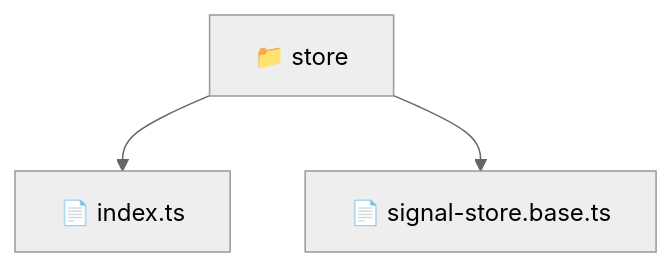
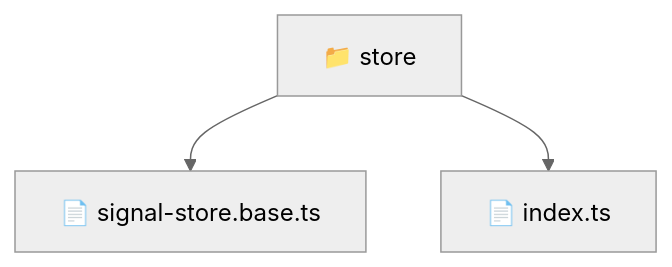
Before and after one commit to beginwebdev2002/fullstack-mavluda: the diagram in frontend/src/shared/store/README.md, drawn with Mermaid (neutral theme). The commit also changed other lines of this file and 164 other files, not shown here.

First line of the commit message:
docs: generate robust autonomous architectural documentation

````diff
--- a/frontend/src/shared/store/README.md
+++ b/frontend/src/shared/store/README.md
@@ -11,6 +11,6 @@
 ```mermaid
 graph TD
-  Root["📁 store"]
-  Root --> index_ts["📄 index.ts"]
-  Root --> signal_store_base_ts["📄 signal-store.base.ts"]
+    f_store["📁 store"]
+    f_store --> f_signal_store_base_ts["📄 signal-store.base.ts"]
+    f_store --> f_index_ts["📄 index.ts"]
 ```
````
